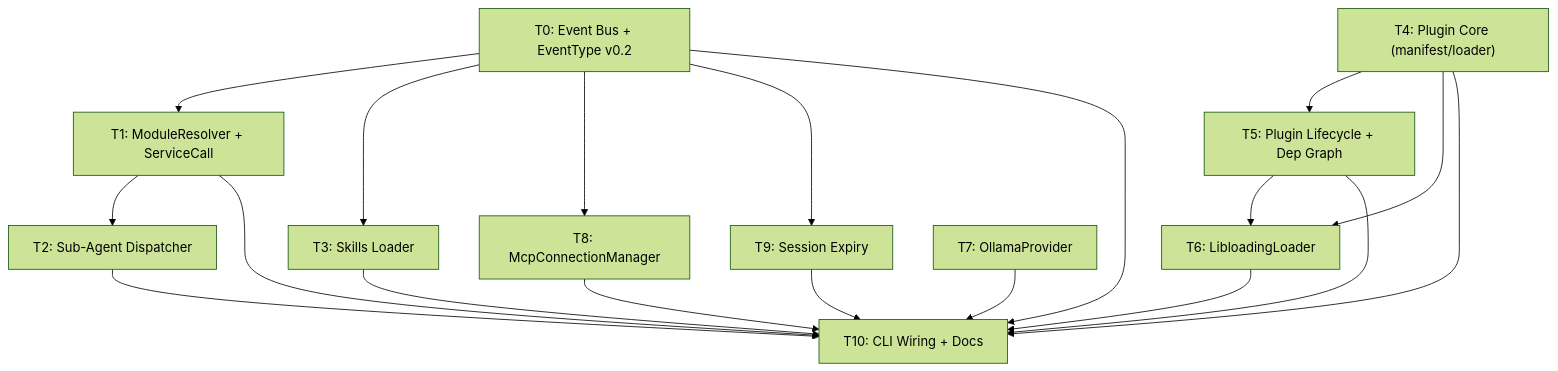
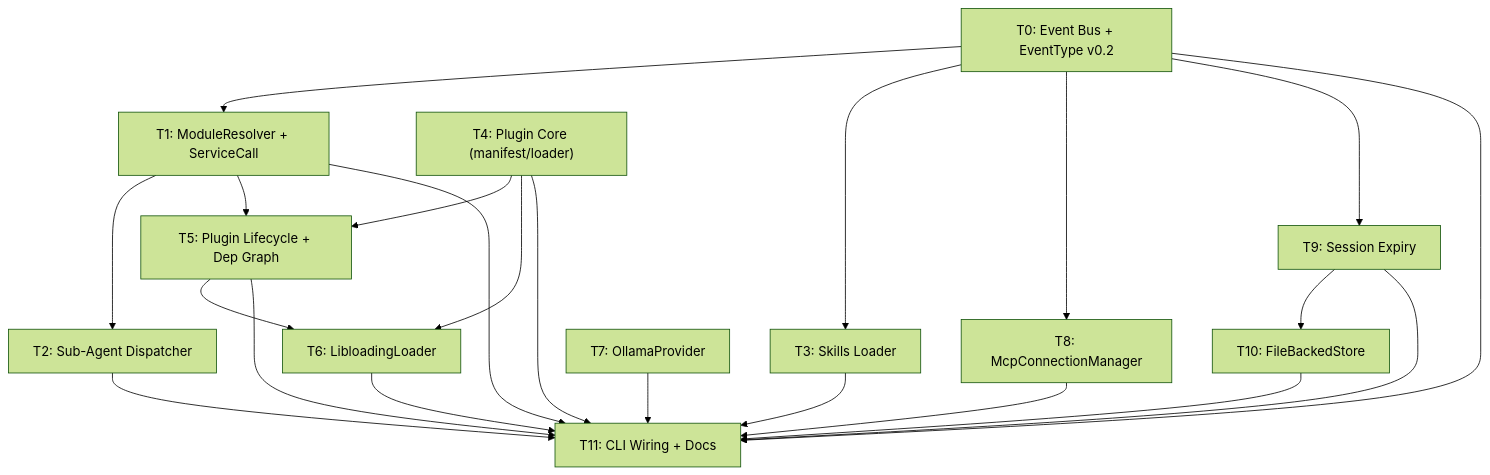
Before and after one commit to JeillZhang/agentj: the diagram in docs/superpowers/plans/2026-08-09-agentj-v0.2-plan.md, drawn with Mermaid (forest theme). The commit also changed other lines of this file, not shown here.

````diff
--- a/docs/superpowers/plans/2026-08-09-agentj-v0.2-plan.md
+++ b/docs/superpowers/plans/2026-08-09-agentj-v0.2-plan.md
@@ -2096,21 +2575,24 @@
 ```mermaid
 graph TD
     T0["T0: Event Bus + EventType v0.2"] --> T1["T1: ModuleResolver + ServiceCall"]
     T0 --> T3["T3: Skills Loader"]
     T0 --> T8["T8: McpConnectionManager"]
     T0 --> T9["T9: Session Expiry"]
     T1 --> T2["T2: Sub-Agent Dispatcher"]
     T4["T4: Plugin Core (manifest/loader)"] --> T5["T5: Plugin Lifecycle + Dep Graph"]
+    T1 --> T5
     T4 --> T6["T6: LibloadingLoader"]
     T5 --> T6
-    T0 --> T10["T10: CLI Wiring + Docs"]
-    T1 --> T10
-    T2 --> T10
-    T3 --> T10
-    T4 --> T10
-    T5 --> T10
-    T6 --> T10
-    T7["T7: OllamaProvider"] --> T10
-    T8 --> T10
-    T9 --> T10
+    T9 --> T10["T10: FileBackedStore"]
+    T0 --> T11["T11: CLI Wiring + Docs"]
+    T1 --> T11
+    T2 --> T11
+    T3 --> T11
+    T4 --> T11
+    T5 --> T11
+    T6 --> T11
+    T7["T7: OllamaProvider"] --> T11
+    T8 --> T11
+    T9 --> T11
+    T10 --> T11
 ```
````
